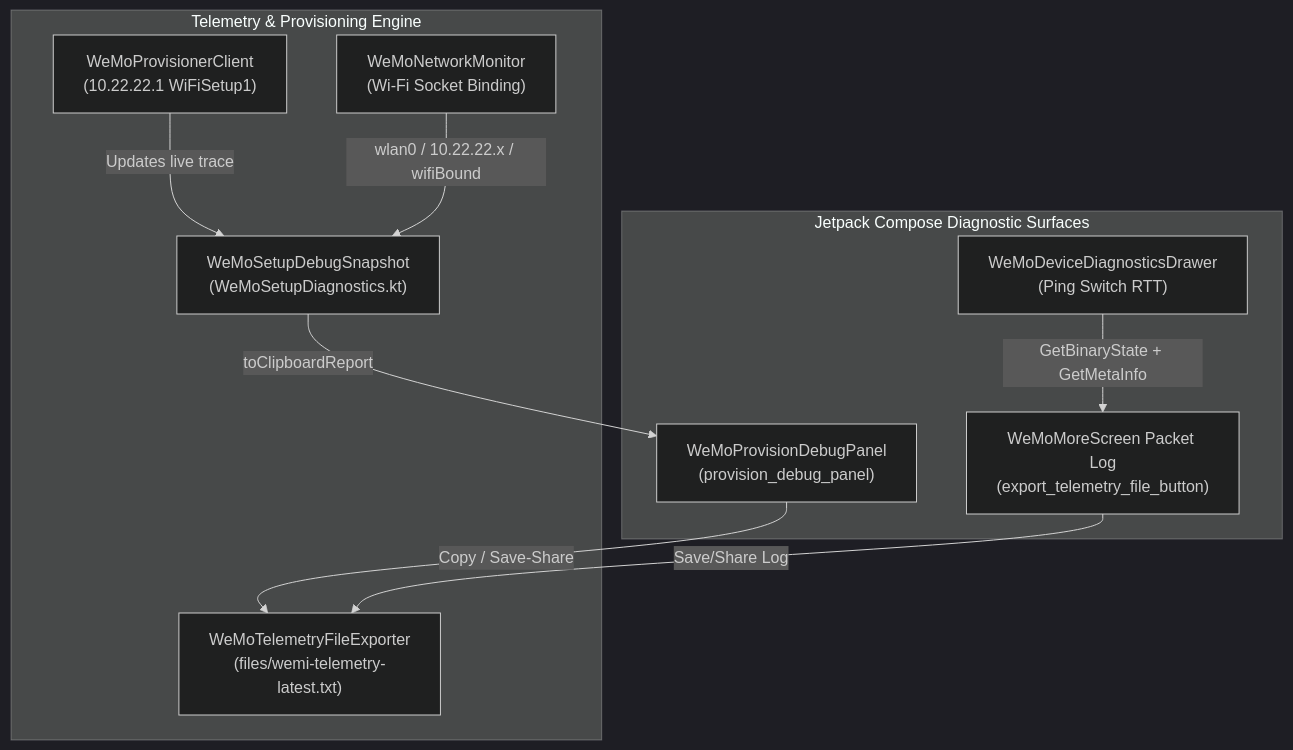
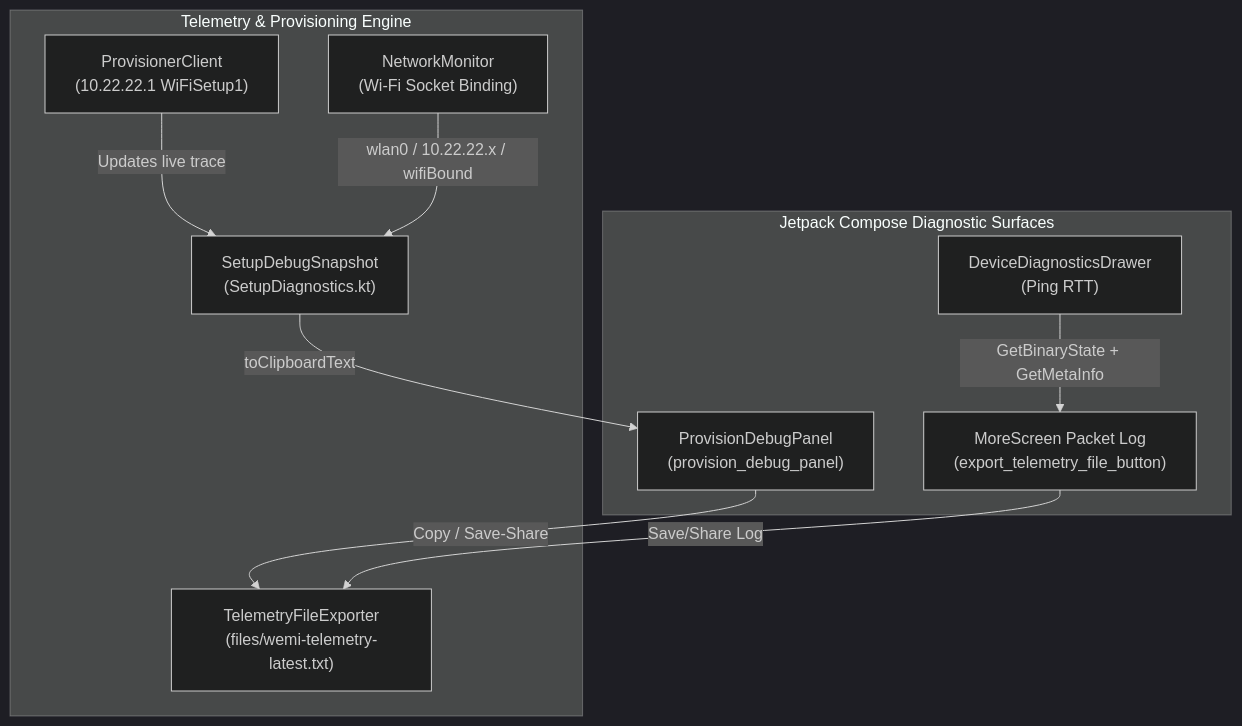
One commit to MichaelRHead/WeMi-light-control changed the diagram in DEBUGGING_AND_SUPPORT.md. Above: the diagram before and after it, drawn with Mermaid (dark theme). The commit also changed other lines of this file and 3 other files, not shown here.

Commit message:
docs(telemetry): align DEBUGGING_AND_SUPPORT.md, skill & user guide with org.suppressingfire.wemi (v21.0)

````diff
--- a/DEBUGGING_AND_SUPPORT.md
+++ b/DEBUGGING_AND_SUPPORT.md
@@ -37,22 +38,22 @@
 ```mermaid
 flowchart TD
     subgraph UI["Jetpack Compose Diagnostic Surfaces"]
-        P["WeMoProvisionDebugPanel\n(provision_debug_panel)"]
-        M["WeMoMoreScreen Packet Log\n(export_telemetry_file_button)"]
-        D["WeMoDeviceDiagnosticsDrawer\n(Ping Switch RTT)"]
+        P["ProvisionDebugPanel\n(provision_debug_panel)"]
+        M["MoreScreen Packet Log\n(export_telemetry_file_button)"]
+        D["DeviceDiagnosticsDrawer\n(Ping RTT)"]
     end
 
     subgraph Core["Telemetry & Provisioning Engine"]
-        S["WeMoSetupDebugSnapshot\n(WeMoSetupDiagnostics.kt)"]
-        E["WeMoTelemetryFileExporter\n(files/wemi-telemetry-latest.txt)"]
-        C["WeMoProvisionerClient\n(10.22.22.1 WiFiSetup1)"]
-        N["WeMoNetworkMonitor\n(Wi-Fi Socket Binding)"]
+        S["SetupDebugSnapshot\n(SetupDiagnostics.kt)"]
+        E["TelemetryFileExporter\n(files/wemi-telemetry-latest.txt)"]
+        C["ProvisionerClient\n(10.22.22.1 WiFiSetup1)"]
+        N["NetworkMonitor\n(Wi-Fi Socket Binding)"]
     end
 
     C -->|Updates live trace| S
     N -->|wlan0 / 10.22.22.x / wifiBound| S
-    S -->|toClipboardReport| P
+    S -->|toClipboardText| P
     P -->|Copy / Save-Share| E
     M -->|Save/Share Log| E
     D -->|GetBinaryState + GetMetaInfo| M
 ```
````
